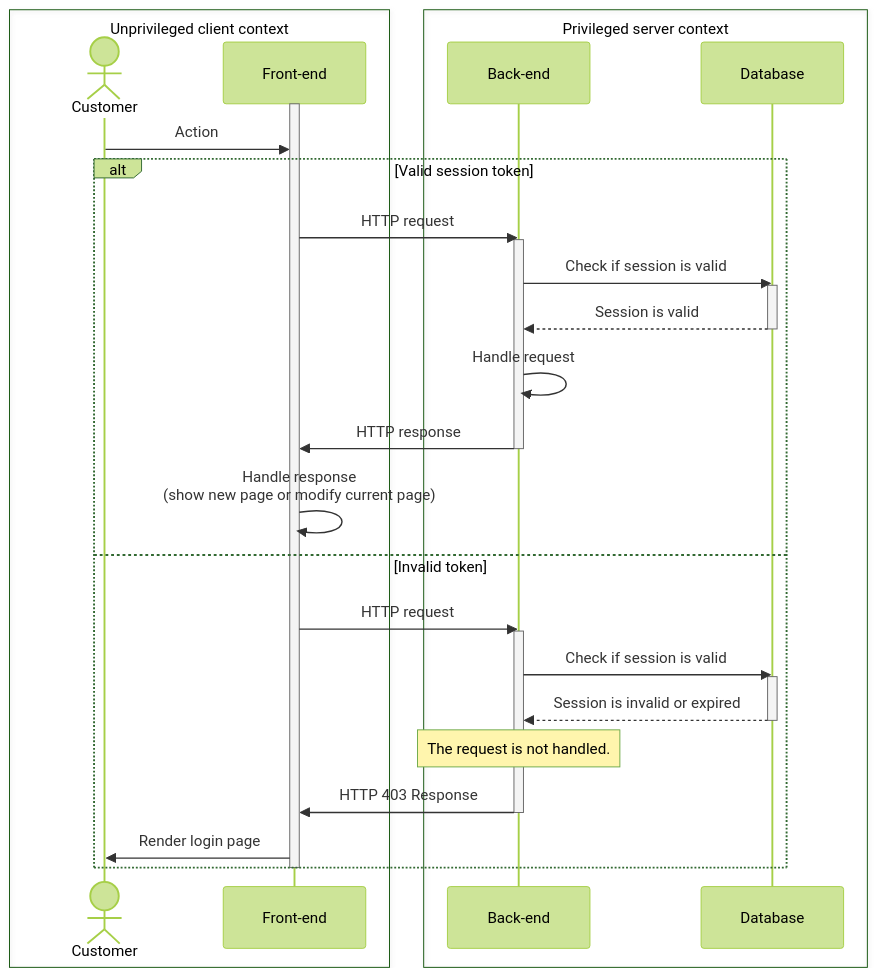
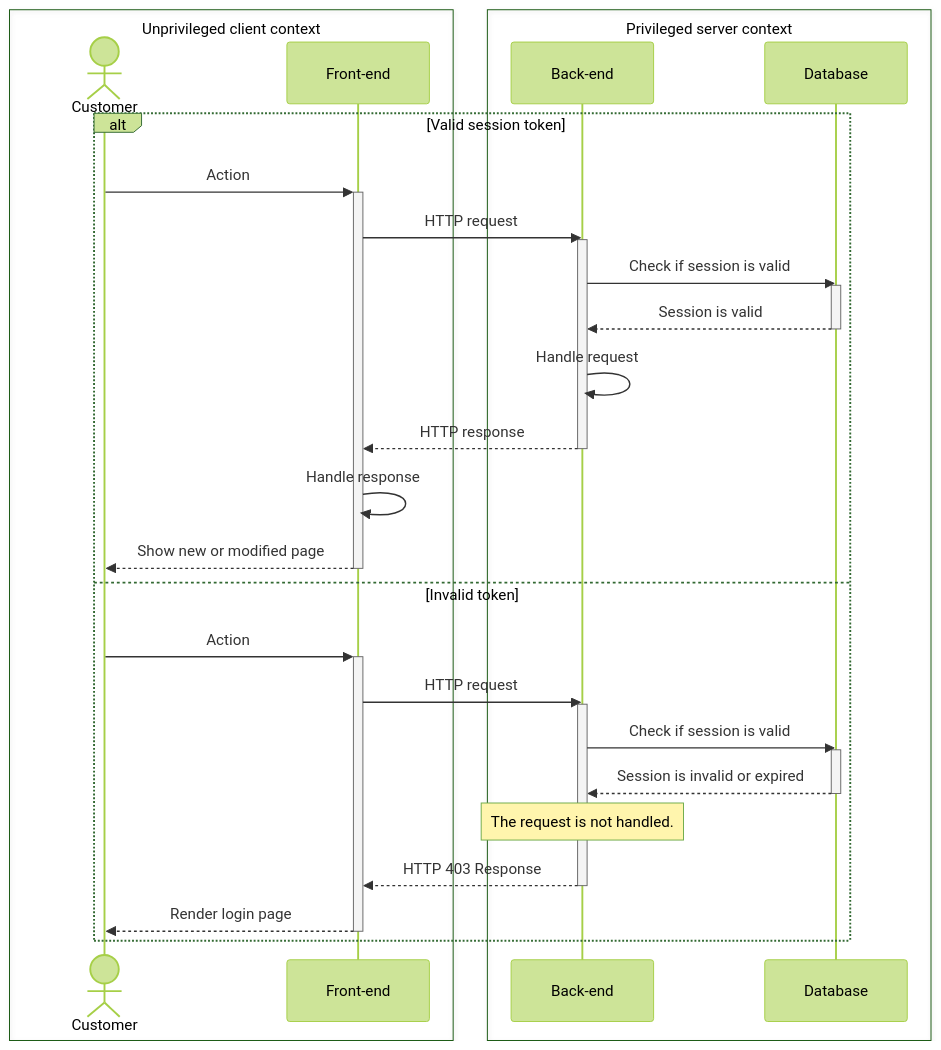
One commit to MCBUKimono/docs changed the diagram in sequence_0_frontend_backend_boundary.mermaid. Above: the diagram before and after it, drawn with Mermaid (forest theme). The commit also changed 5 other files, not shown here.

```diff
--- a/sequence_0_frontend_backend_boundary.mermaid
+++ b/sequence_0_frontend_backend_boundary.mermaid
@@ -1,36 +1,38 @@
 sequenceDiagram
     box transparent Unprivileged client context
         actor Customer
         participant FE as Front-end
     end
     box transparent Privileged server context
         participant BE as Back-end
         participant DB as Database
     end
 
-    activate FE
-    Customer ->> FE: Action
     alt Valid session token
+        Customer ->>+ FE: Action
         FE ->> BE: HTTP request
         activate BE
         BE ->> DB: Check if session is valid
         activate DB
         DB -->> BE: Session is valid
         deactivate DB
         BE ->> BE: Handle request
-        BE ->> FE: HTTP response
+        BE -->> FE: HTTP response
         deactivate BE
-        FE ->> FE: Handle response<br>(show new page or modify current page)
+        FE ->> FE: Handle response
+        FE -->> Customer: Show new or modified page
+        deactivate FE
     else Invalid token
+        Customer ->>+ FE: Action
         FE ->> BE: HTTP request
         activate BE
         BE ->> DB: Check if session is valid
         activate DB
         DB -->> BE: Session is invalid or expired
         deactivate DB
         note over BE: The request is not handled.
-        BE ->> FE: HTTP 403 Response
+        BE -->> FE: HTTP 403 Response
         deactivate BE
-        FE ->> Customer: Render login page
+        FE -->> Customer: Render login page
+        deactivate FE
     end
-    deactivate FE
```
